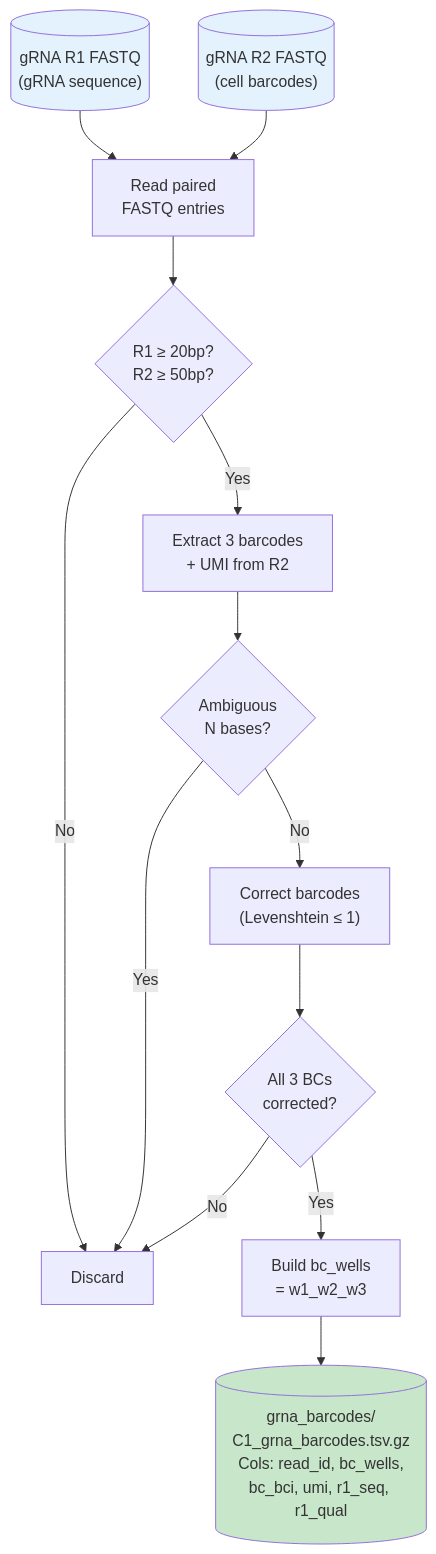
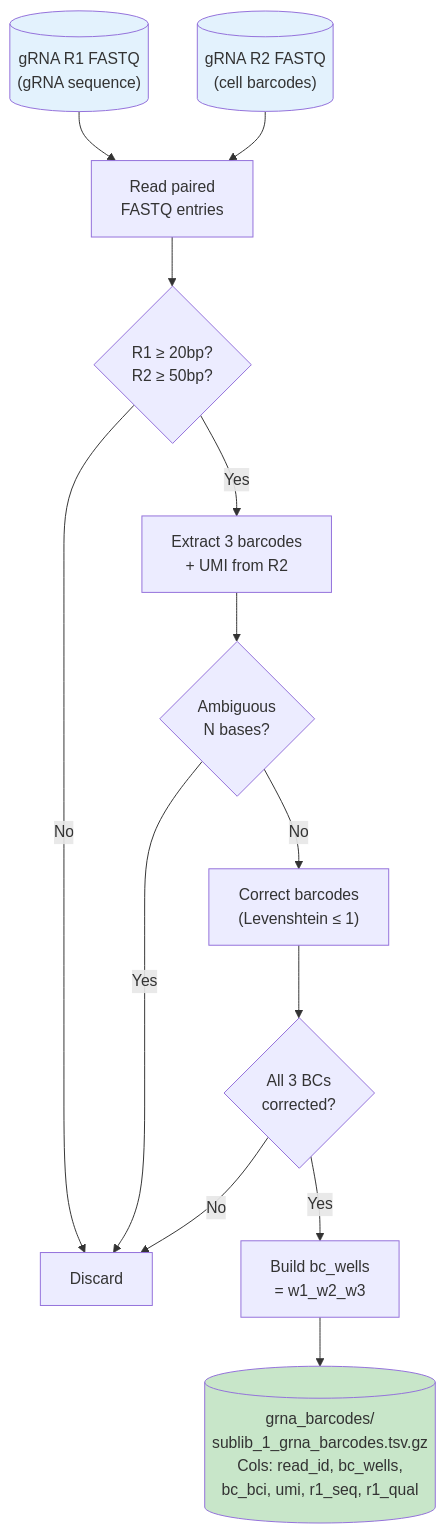
The fifth of 10 diagrams in pipeline_overview.md (jhjiang2020/CSM_ccperturbseq), drawn with Mermaid before and after one commit. The commit also changed other lines of this file and 19 other files, not shown here.

````diff
--- a/pipeline_overview.md
+++ b/pipeline_overview.md
@@ -336,23 +365,23 @@
 ```mermaid
 flowchart TD
     FQ1[("gRNA R1 FASTQ<br>(gRNA sequence)")] --> PAIR["Read paired<br>FASTQ entries"]
     FQ2[("gRNA R2 FASTQ<br>(cell barcodes)")] --> PAIR
 
     PAIR --> LENCK{"R1 ≥ 20bp?<br>R2 ≥ 50bp?"}
     LENCK -->|No| SKIP["Discard"]
     LENCK -->|Yes| EXTRACT["Extract 3 barcodes<br>+ UMI from R2"]
 
     EXTRACT --> AMBIG{"Ambiguous<br>N bases?"}
     AMBIG -->|Yes| SKIP
     AMBIG -->|No| CORRECT["Correct barcodes<br>(Levenshtein ≤ 1)"]
 
     CORRECT --> VALID{"All 3 BCs<br>corrected?"}
     VALID -->|No| SKIP
     VALID -->|Yes| BUILD["Build bc_wells<br>= w1_w2_w3"]
 
-    BUILD --> OUT[("grna_barcodes/<br>C1_grna_barcodes.tsv.gz<br>Cols: read_id, bc_wells,<br>bc_bci, umi, r1_seq, r1_qual")]
+    BUILD --> OUT[("grna_barcodes/<br>sublib_1_grna_barcodes.tsv.gz<br>Cols: read_id, bc_wells,<br>bc_bci, umi, r1_seq, r1_qual")]
 
     style FQ1 fill:#e3f2fd
     style FQ2 fill:#e3f2fd
     style OUT fill:#c8e6c9
 ```
````
